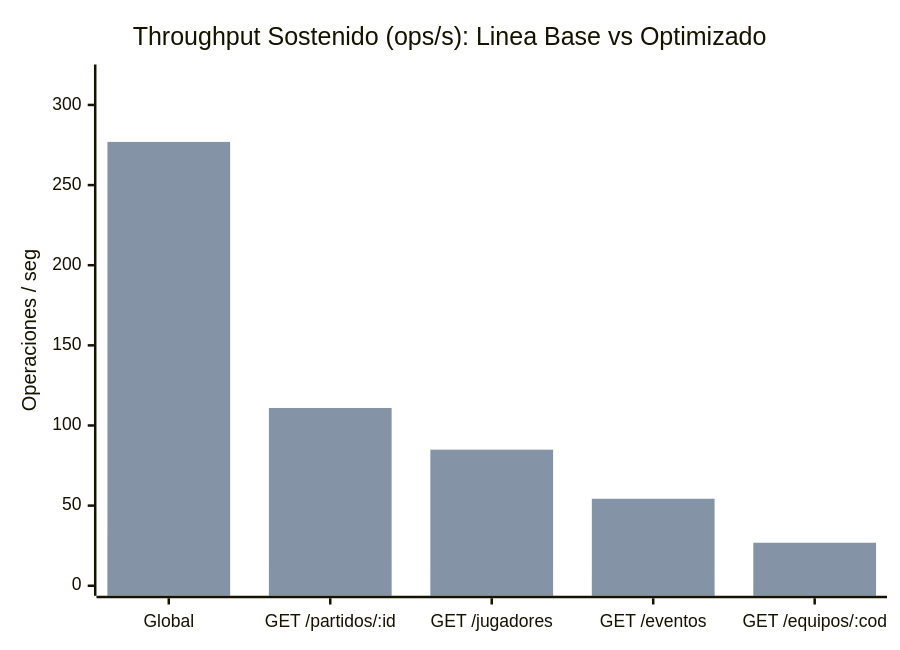
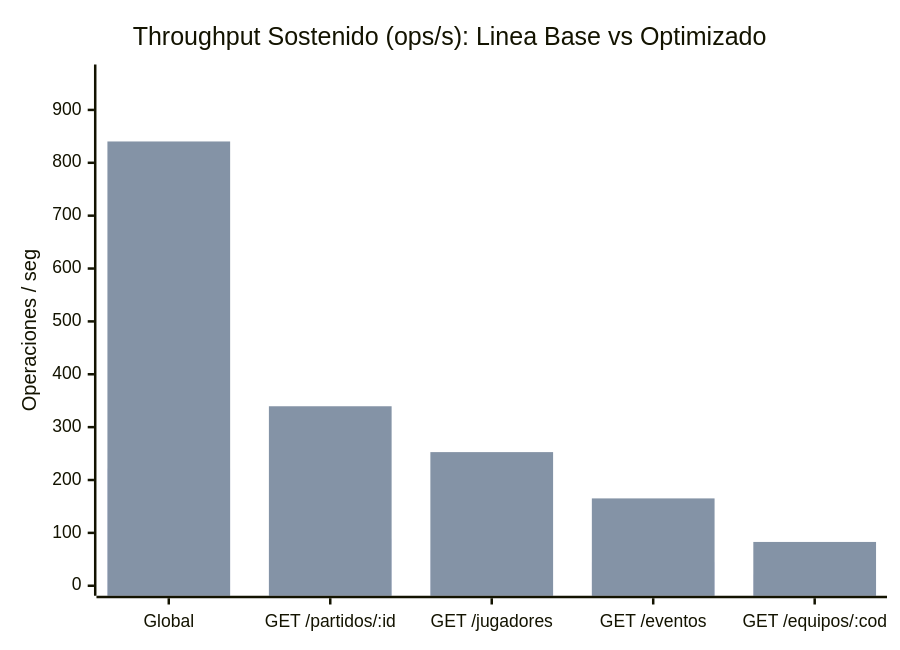
Before and after one commit to BrianValente/uade-tpo-ingenieria-de-datos-ii-fixture: the second of 2 diagrams in hito-12-carga-optimizacion/docs/evidencia/tablas_o_graficos.md, drawn with Mermaid. The commit also changed other lines of this file and 11 other files, not shown here.

````diff
--- a/hito-12-carga-optimizacion/docs/evidencia/tablas_o_graficos.md
+++ b/hito-12-carga-optimizacion/docs/evidencia/tablas_o_graficos.md
@@ -74,8 +74,8 @@
 ```mermaid
 xychart-beta
     title "Throughput Sostenido (ops/s): Linea Base vs Optimizado"
     x-axis ["Global", "GET /partidos/:id", "GET /jugadores", "GET /eventos", "GET /equipos/:cod"]
-    y-axis "Operaciones / seg" 0 --> 319
-    bar [34.96, 14.59, 10.02, 7.49, 2.86]
-    bar [276.94, 110.92, 84.91, 54.28, 26.83]
+    y-axis "Operaciones / seg" 0 --> 967
+    bar [221.85, 88.83, 66.98, 44.63, 21.42]
+    bar [840.34, 339.5, 252.77, 165.21, 82.86]
 ```
````
